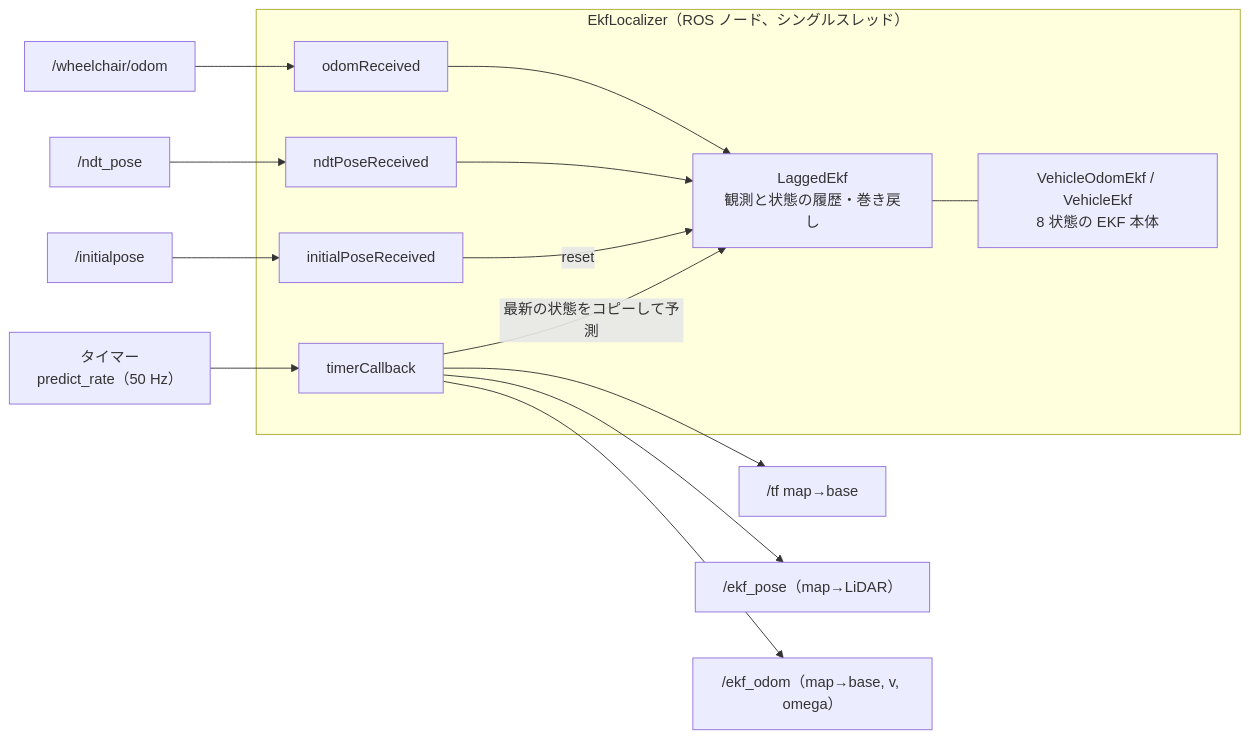
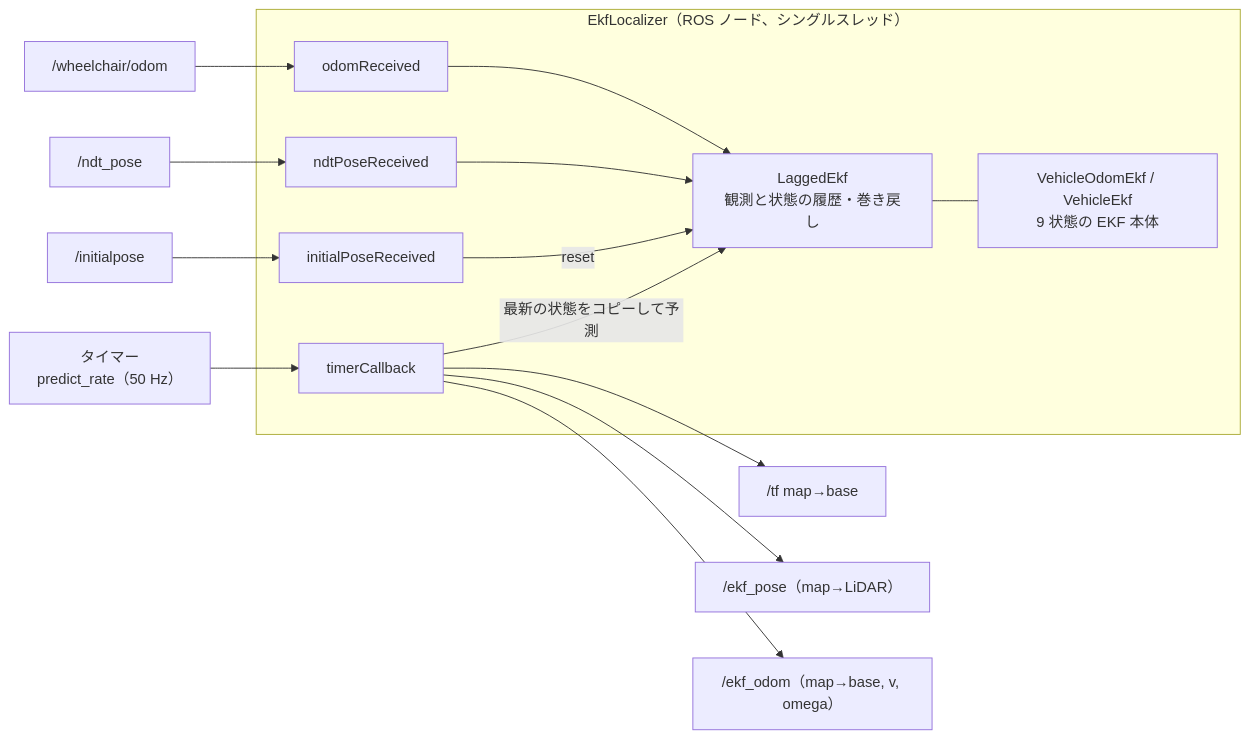
The first of 5 diagrams in docs/ekf_flow.md (MaeharaTakumi/ekf_localizer), drawn with Mermaid before and after one commit. The commit also changed other lines of this file and 12 other files, not shown here.

````diff
--- a/docs/ekf_flow.md
+++ b/docs/ekf_flow.md
@@ -8,21 +8,21 @@
 ```mermaid
 flowchart LR
   odom["/wheelchair/odom"] --> cbO["odomReceived"]
   ndt["/ndt_pose"] --> cbN["ndtPoseReceived"]
   ip["/initialpose"] --> cbI["initialPoseReceived"]
   timer["タイマー<br/>predict_rate（50 Hz）"] --> cbT["timerCallback"]
 
   subgraph node["EkfLocalizer（ROS ノード、シングルスレッド）"]
     cbO --> lag
     cbN --> lag
     cbI -->|reset| lag
     lag["LaggedEkf<br/>観測と状態の履歴・巻き戻し"]
-    core["VehicleOdomEkf / VehicleEkf<br/>8 状態の EKF 本体"]
+    core["VehicleOdomEkf / VehicleEkf<br/>9 状態の EKF 本体"]
     lag --- core
     cbT -->|最新の状態をコピーして予測| lag
   end
 
   cbT --> tf["/tf map→base"]
   cbT --> ep["/ekf_pose（map→LiDAR）"]
   cbT --> eo["/ekf_odom（map→base, v, omega）"]
 ```
````
